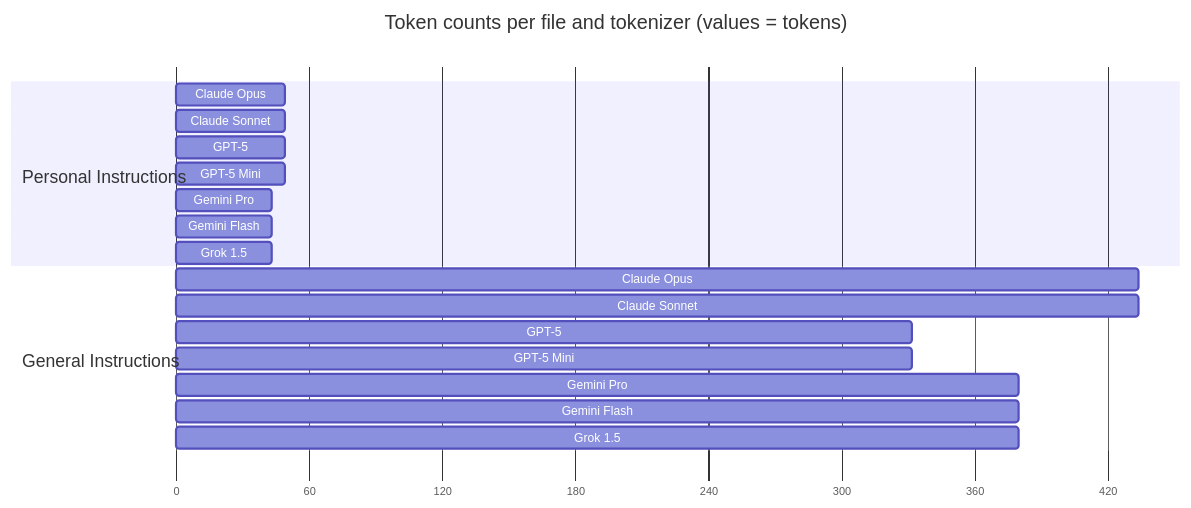
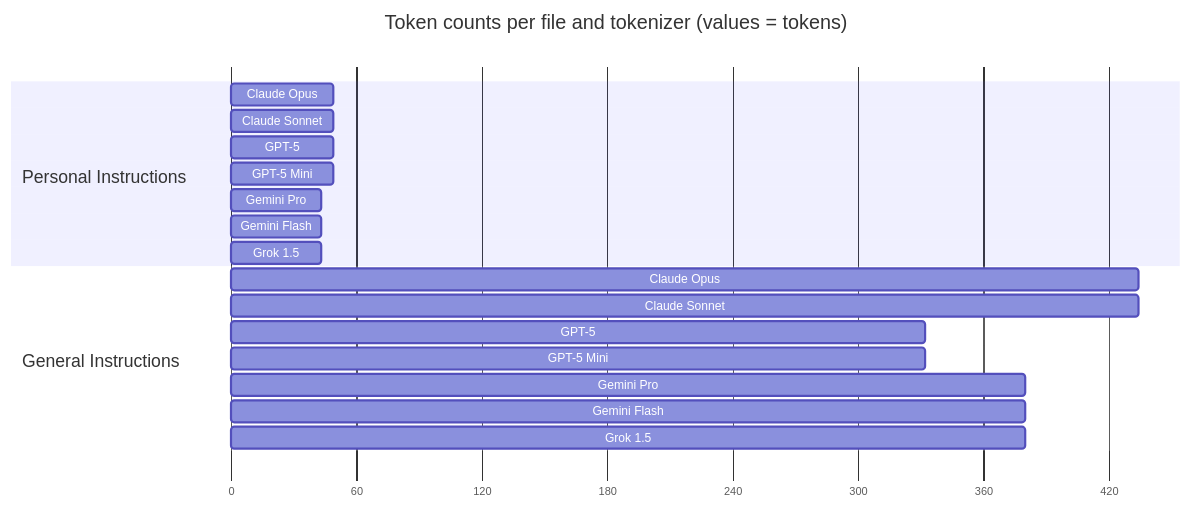
The diagram in languages/python/README.md (vodkar/vscode-copilot-prompts), drawn with Mermaid before and after one commit.

Commit message:
Changed padding

````diff
--- a/languages/python/README.md
+++ b/languages/python/README.md
@@ -7,26 +7,26 @@
 ```mermaid
-%%{init: {'gantt': {'leftPadding': 150, 'rightPadding': 75, 'topPadding': 75, 'fontSize': 11, 'sectionFontSize': 16}}}%%
+%%{init: {'gantt': {'leftPadding': 200, 'rightPadding': 75, 'topPadding': 75, 'fontSize': 11, 'sectionFontSize': 16}}}%%
 gantt
     title Token counts per file and tokenizer (values = tokens)
     dateFormat  X
     axisFormat  %s
 
     section Personal Instructions
     Claude Opus    : 0, 49
     Claude Sonnet  : 0, 49
     GPT-5          : 0, 49
     GPT-5 Mini     : 0, 49
     Gemini Pro     : 0, 43
     Gemini Flash   : 0, 43
     Grok 1.5       : 0, 43
 
     section General Instructions
     Claude Opus    : 0, 434
     Claude Sonnet  : 0, 434
     GPT-5          : 0, 332
     GPT-5 Mini     : 0, 332
     Gemini Pro     : 0, 380
     Gemini Flash   : 0, 380
     Grok 1.5       : 0, 380
 
 ```
````
